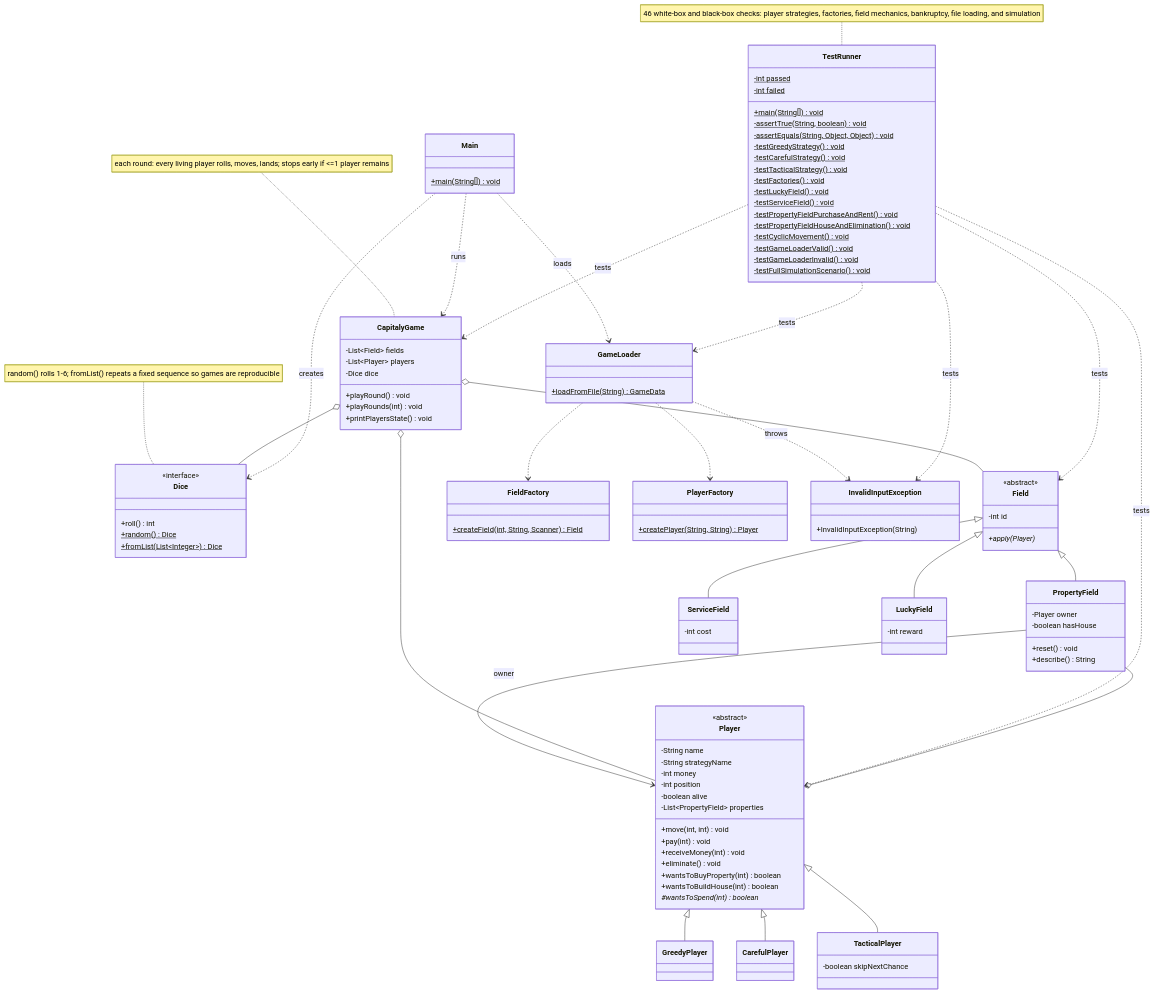
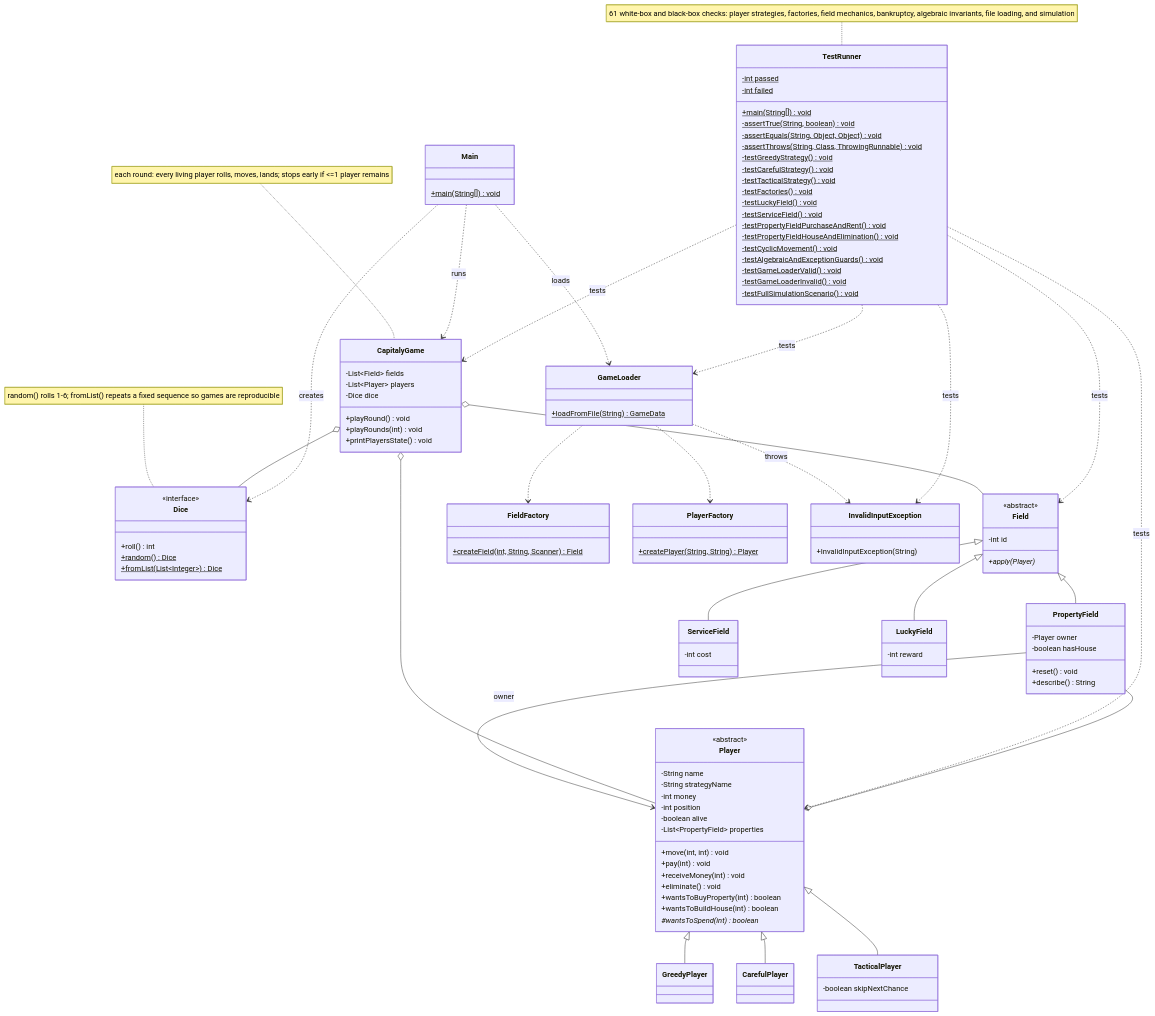
Before and after one commit to unnobatroo/bachelors: the first of 3 diagrams in 3rd-sem/prog-tech/!exams/task-1/README.md, drawn with Mermaid. The commit also changed other lines of this file and 17 other files, not shown here.

```diff
--- a/3rd-sem/prog-tech/!exams/task-1/README.md
+++ b/3rd-sem/prog-tech/!exams/task-1/README.md
@@ -113,6 +115,7 @@
         +main(String[])$ void
         -assertTrue(String, boolean)$ void
         -assertEquals(String, Object, Object)$ void
+        -assertThrows(String, Class, ThrowingRunnable)$ void
         -testGreedyStrategy()$ void
         -testCarefulStrategy()$ void
         -testTacticalStrategy()$ void
@@ -122,11 +125,12 @@
         -testPropertyFieldPurchaseAndRent()$ void
         -testPropertyFieldHouseAndElimination()$ void
         -testCyclicMovement()$ void
+        -testAlgebraicAndExceptionGuards()$ void
         -testGameLoaderValid()$ void
         -testGameLoaderInvalid()$ void
         -testFullSimulationScenario()$ void
     }
-    note for TestRunner "46 white-box and black-box checks: player strategies, factories, field mechanics, bankruptcy, file loading, and simulation"
+    note for TestRunner "61 white-box and black-box checks: player strategies, factories, field mechanics, bankruptcy, algebraic invariants, file loading, and simulation"
 
     Field <|-- PropertyField
     Field <|-- ServiceField
```
